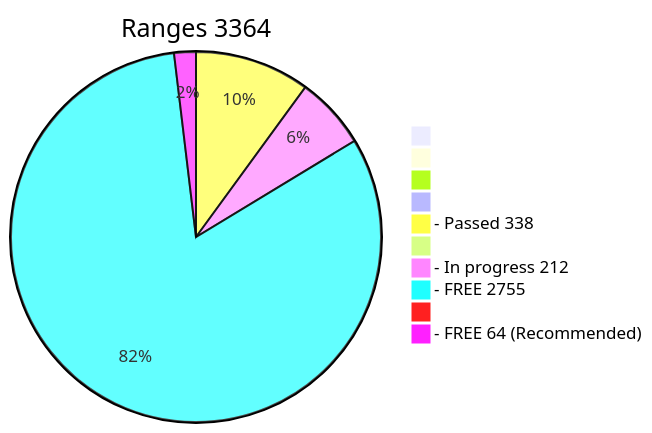
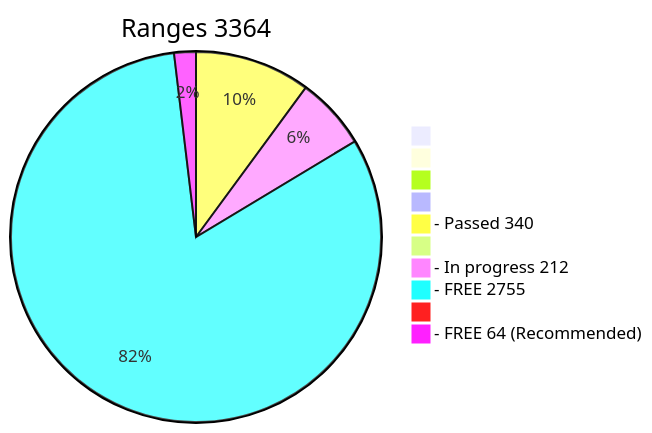
One commit to phrutis/wif500 changed the diagram in x64/Release/table.md. Above: the diagram before and after it, drawn with Mermaid. The commit also changed other lines of this file, not shown here.

````diff
--- a/x64/Release/table.md
+++ b/x64/Release/table.md
@@ -2,13 +2,13 @@
 ```mermaid
 pie title Ranges 3364
   " " : 0
   "  " : 0
   "   " : 0
   "    " : 0
-  "- Passed 338" : 338
+  "- Passed 340" : 340
   "     " : 0
   "- In progress 212" : 212
   "- FREE 2755" : 2755
   "      " : 0
   "- FREE 64 (Recommended)" : 64
 ```
````
